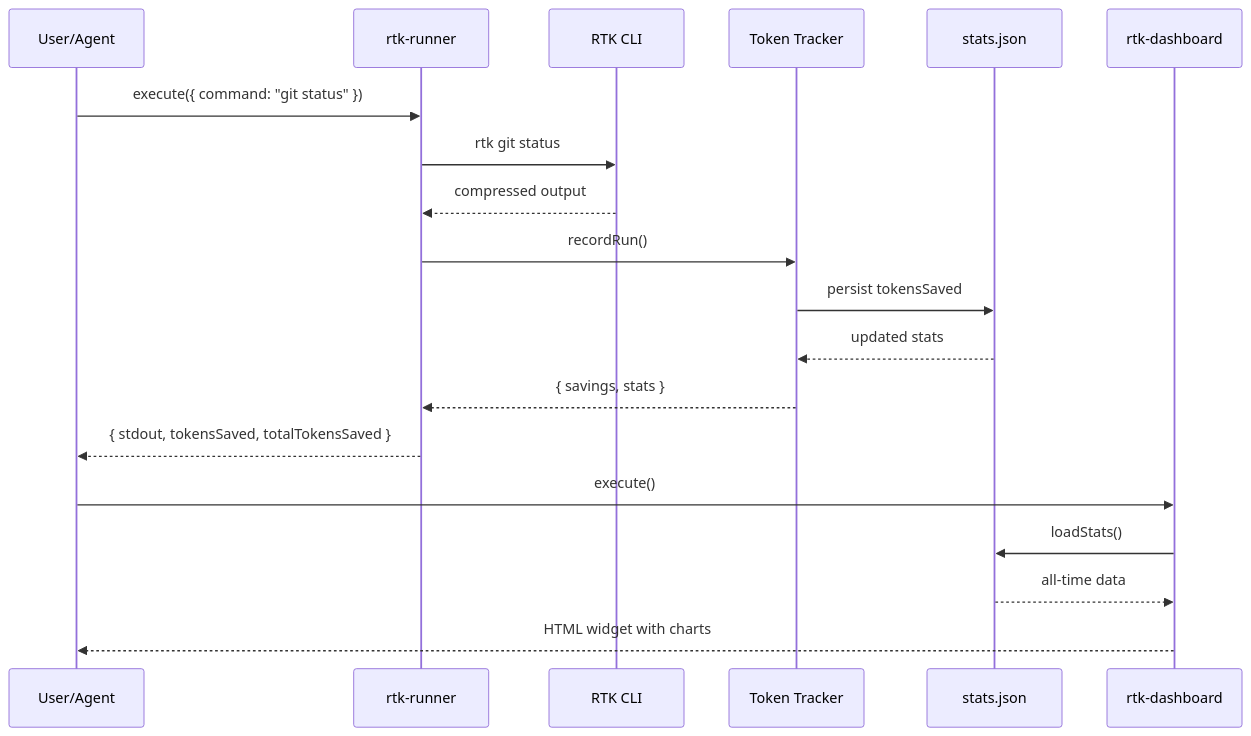
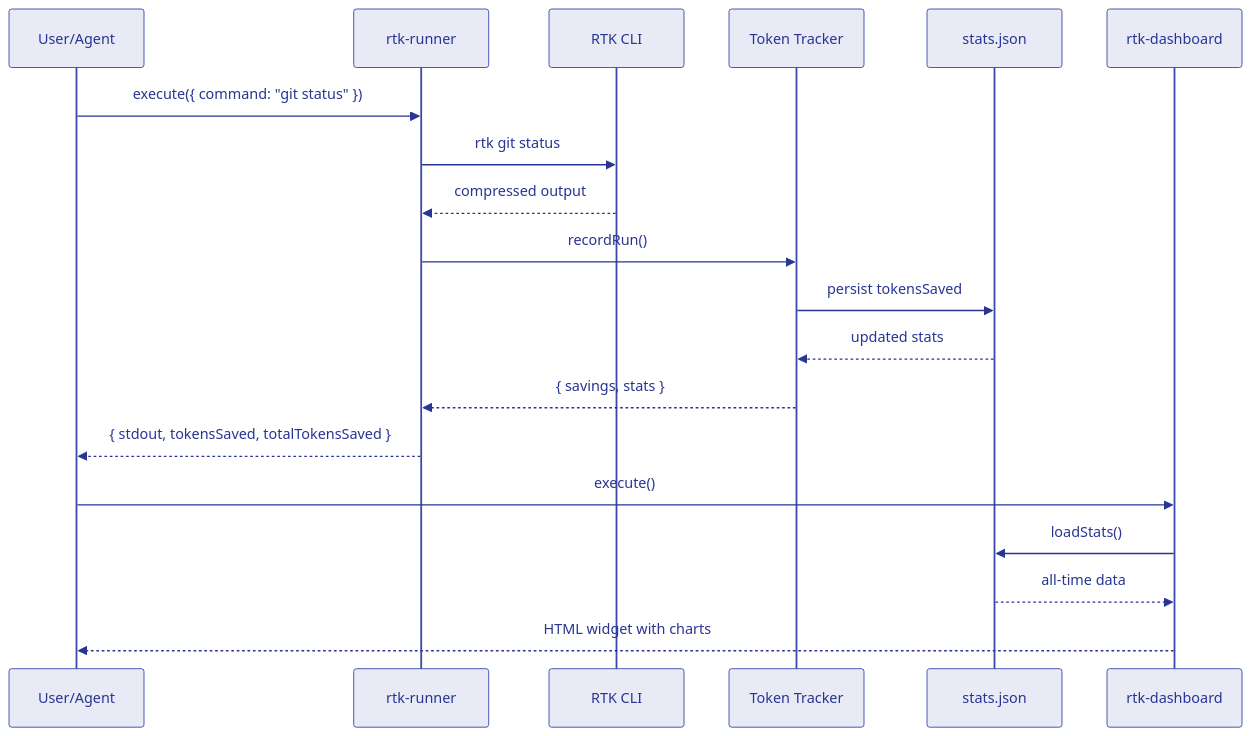
The second of 2 diagrams in README.md (unRekable/rtk-agnt-integration), drawn with Mermaid before and after one commit. The commit also changed other lines of this file, not shown here.

````diff
--- a/README.md
+++ b/README.md
@@ -54,23 +56,24 @@
 ```mermaid
+%%{init: {'theme': 'base', 'themeVariables': { 'primaryColor': '#e8eaf6', 'primaryTextColor': '#283593', 'primaryBorderColor': '#3949ab', 'lineColor': '#616161', 'secondaryColor': '#f1f8e9'}}}%%
 sequenceDiagram
     participant User as User/Agent
     participant Runner as rtk-runner
     participant RTK as RTK CLI
     participant Tracker as Token Tracker
     participant Stats as stats.json
     participant Dash as rtk-dashboard
 
     User->>Runner: execute({ command: "git status" })
     Runner->>RTK: rtk git status
     RTK-->>Runner: compressed output
     Runner->>Tracker: recordRun()
     Tracker->>Stats: persist tokensSaved
     Stats-->>Tracker: updated stats
     Tracker-->>Runner: { savings, stats }
     Runner-->>User: { stdout, tokensSaved, totalTokensSaved }
 
     User->>Dash: execute()
     Dash->>Stats: loadStats()
     Stats-->>Dash: all-time data
     Dash-->>User: HTML widget with charts
 ```
````
